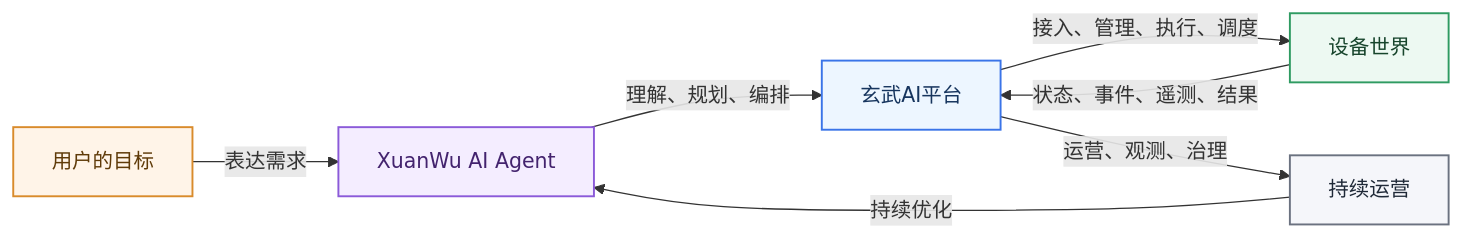
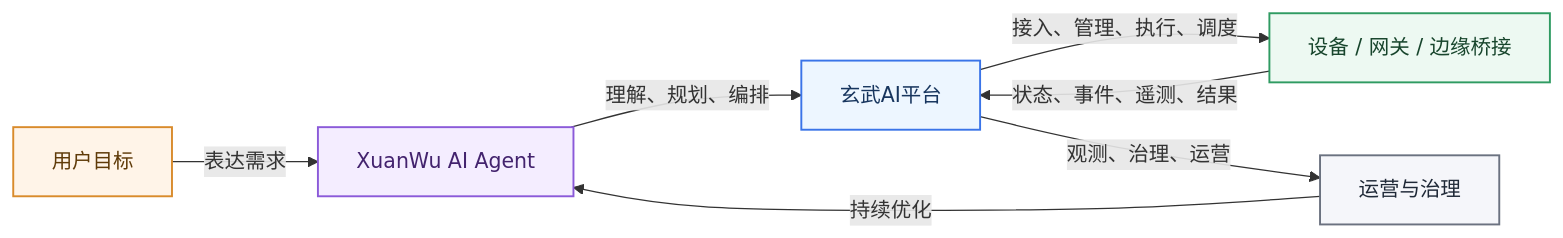
Before and after one commit to GrissonWu07/xuanwu-ai-platform: the first of 2 diagrams in README.md, drawn with Mermaid. The commit also changed other lines of this file, not shown here.

````diff
--- a/README.md
+++ b/README.md
@@ -9,27 +92,27 @@
 ```mermaid
 flowchart LR
-    User["用户的目标"]
+    User["用户目标"]
     Agent["XuanWu AI Agent"]
     Platform["玄武AI平台"]
-    Devices["设备世界"]
-    Ops["持续运营"]
+    Devices["设备 / 网关 / 边缘桥接"]
+    Ops["运营与治理"]
 
     User -->|"表达需求"| Agent
     Agent -->|"理解、规划、编排"| Platform
     Platform -->|"接入、管理、执行、调度"| Devices
     Devices -->|"状态、事件、遥测、结果"| Platform
-    Platform -->|"运营、观测、治理"| Ops
+    Platform -->|"观测、治理、运营"| Ops
     Ops -->|"持续优化"| Agent
 
     classDef user fill:#fff4e8,stroke:#d98b2b,color:#5f3a08,stroke-width:1.5px;
     classDef agent fill:#f4edff,stroke:#8b5ad9,color:#43236e,stroke-width:1.5px;
     classDef platform fill:#edf6ff,stroke:#3a74e8,color:#17355e,stroke-width:1.5px;
     classDef devices fill:#edf9f2,stroke:#2f9b62,color:#17452c,stroke-width:1.5px;
     classDef ops fill:#f5f6fa,stroke:#6b7280,color:#1f2937,stroke-width:1.5px;
 
     class User user;
     class Agent agent;
     class Platform platform;
     class Devices devices;
     class Ops ops;
 ```
````
